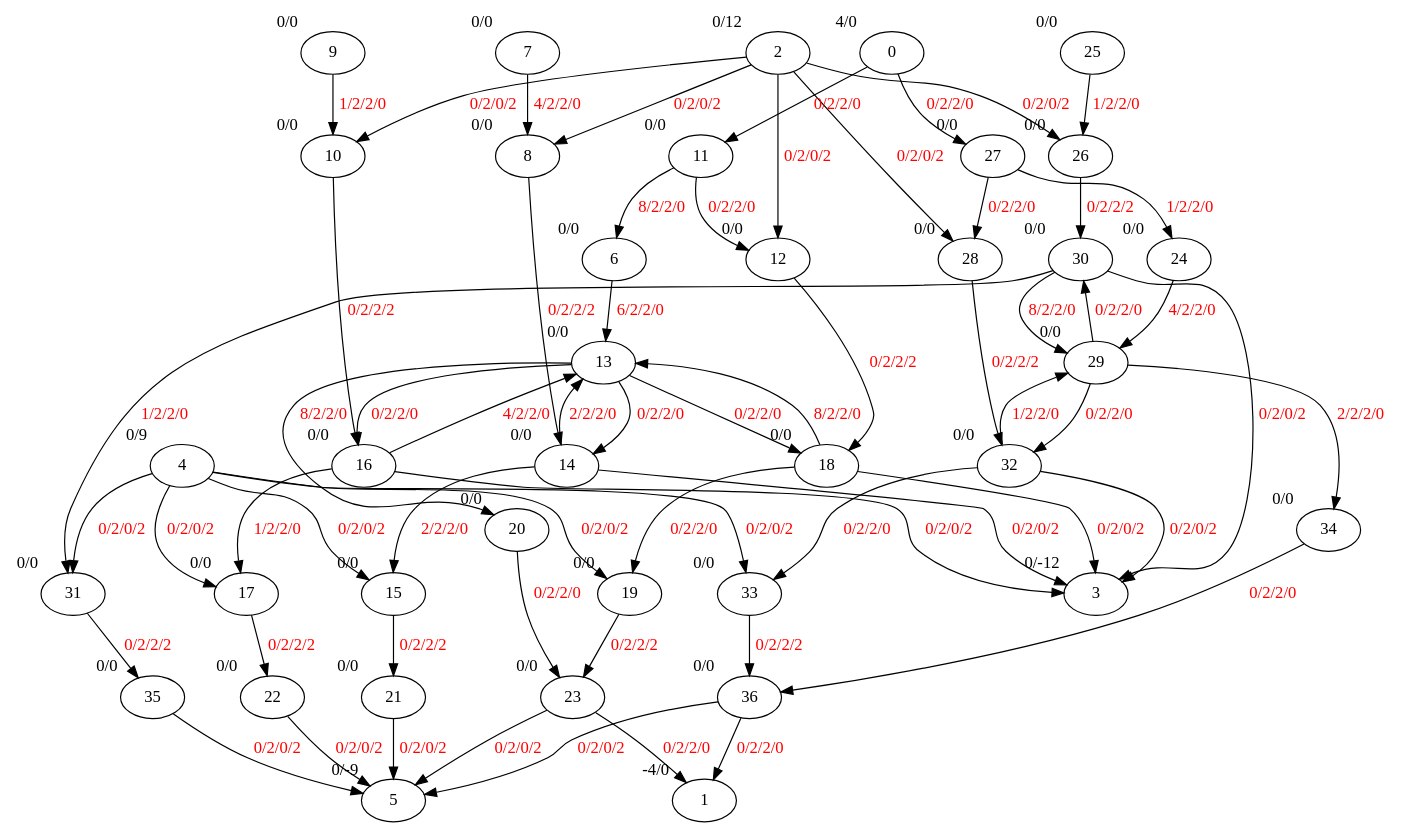
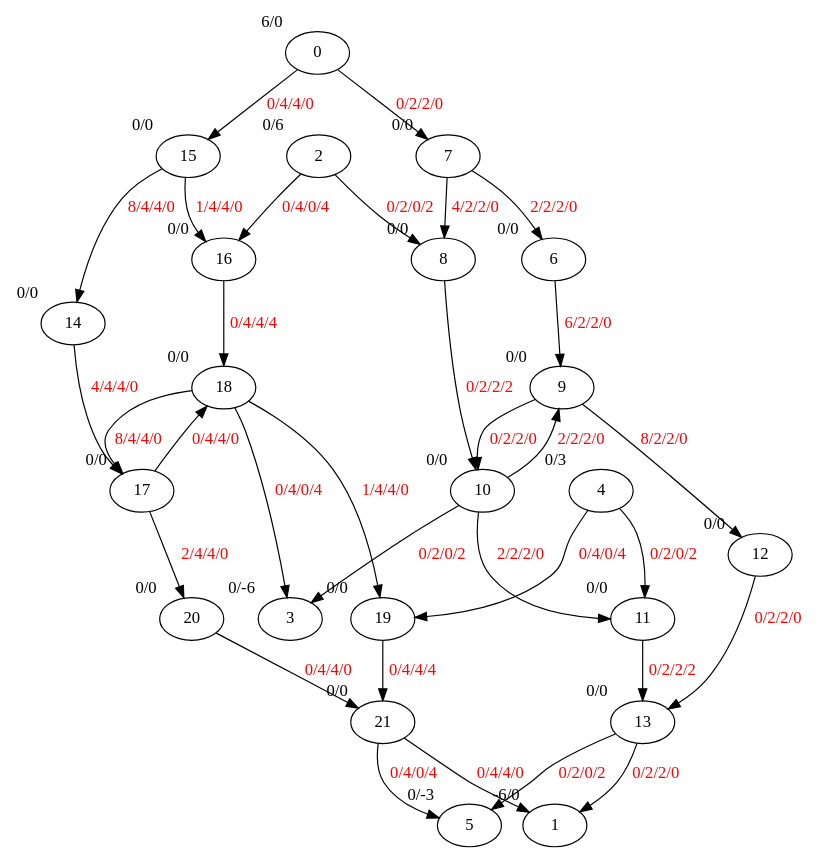
The diagram in LEMON/dot.gv (Stixxl/bachelor_multiple_states), drawn with Graphviz before and after one commit. The commit also changed 5 other files, not shown here.

```diff
--- a/LEMON/dot.gv
+++ b/LEMON/dot.gv
@@ -1,101 +1,56 @@
 digraph G {
-36 [ xlabel="0/0" ]
-35 [ xlabel="0/0" ]
-34 [ xlabel="0/0" ]
-33 [ xlabel="0/0" ]
-32 [ xlabel="0/0" ]
-31 [ xlabel="0/0" ]
-30 [ xlabel="0/0" ]
-29 [ xlabel="0/0" ]
-28 [ xlabel="0/0" ]
-27 [ xlabel="0/0" ]
-26 [ xlabel="0/0" ]
-25 [ xlabel="0/0" ]
-24 [ xlabel="0/0" ]
-23 [ xlabel="0/0" ]
-22 [ xlabel="0/0" ]
 21 [ xlabel="0/0" ]
 20 [ xlabel="0/0" ]
 19 [ xlabel="0/0" ]
 18 [ xlabel="0/0" ]
 17 [ xlabel="0/0" ]
 16 [ xlabel="0/0" ]
 15 [ xlabel="0/0" ]
 14 [ xlabel="0/0" ]
 13 [ xlabel="0/0" ]
 12 [ xlabel="0/0" ]
 11 [ xlabel="0/0" ]
 10 [ xlabel="0/0" ]
 9 [ xlabel="0/0" ]
 8 [ xlabel="0/0" ]
 7 [ xlabel="0/0" ]
 6 [ xlabel="0/0" ]
-5 [ xlabel="0/-9" ]
-4 [ xlabel="0/9" ]
-3 [ xlabel="0/-12" ]
-2 [ xlabel="0/12" ]
-1 [ xlabel="-4/0" ]
-0 [ xlabel="4/0" ]
-36 -> 5 [fontcolor=red, label="0/2/0/2" ]
-33 -> 36 [fontcolor=red, label="0/2/2/2" ]
-29 -> 34 [fontcolor=red, label="2/2/2/0" ]
-36 -> 1 [fontcolor=red, label="0/2/2/0" ]
-34 -> 36 [fontcolor=red, label="0/2/2/0" ]
-35 -> 5 [fontcolor=red, label="0/2/0/2" ]
-31 -> 35 [fontcolor=red, label="0/2/2/2" ]
-4 -> 33 [fontcolor=red, label="0/2/0/2" ]
-32 -> 33 [fontcolor=red, label="0/2/2/0" ]
-28 -> 32 [fontcolor=red, label="0/2/2/2" ]
-32 -> 3 [fontcolor=red, label="0/2/0/2" ]
-29 -> 32 [fontcolor=red, label="0/2/2/0" ]
-32 -> 29 [fontcolor=red, label="1/2/2/0" ]
-4 -> 31 [fontcolor=red, label="0/2/0/2" ]
-30 -> 31 [fontcolor=red, label="1/2/2/0" ]
-26 -> 30 [fontcolor=red, label="0/2/2/2" ]
-30 -> 3 [fontcolor=red, label="0/2/0/2" ]
-29 -> 30 [fontcolor=red, label="0/2/2/0" ]
-30 -> 29 [fontcolor=red, label="8/2/2/0" ]
-24 -> 29 [fontcolor=red, label="4/2/2/0" ]
-2 -> 28 [fontcolor=red, label="0/2/0/2" ]
-27 -> 28 [fontcolor=red, label="0/2/2/0" ]
-27 -> 24 [fontcolor=red, label="1/2/2/0" ]
-0 -> 27 [fontcolor=red, label="0/2/2/0" ]
-2 -> 26 [fontcolor=red, label="0/2/0/2" ]
-25 -> 26 [fontcolor=red, label="1/2/2/0" ]
-23 -> 5 [fontcolor=red, label="0/2/0/2" ]
-19 -> 23 [fontcolor=red, label="0/2/2/2" ]
-13 -> 20 [fontcolor=red, label="8/2/2/0" ]
-23 -> 1 [fontcolor=red, label="0/2/2/0" ]
-20 -> 23 [fontcolor=red, label="0/2/2/0" ]
-22 -> 5 [fontcolor=red, label="0/2/0/2" ]
-17 -> 22 [fontcolor=red, label="0/2/2/2" ]
-21 -> 5 [fontcolor=red, label="0/2/0/2" ]
-15 -> 21 [fontcolor=red, label="0/2/2/2" ]
-4 -> 19 [fontcolor=red, label="0/2/0/2" ]
-18 -> 19 [fontcolor=red, label="0/2/2/0" ]
-12 -> 18 [fontcolor=red, label="0/2/2/2" ]
-18 -> 3 [fontcolor=red, label="0/2/0/2" ]
-13 -> 18 [fontcolor=red, label="0/2/2/0" ]
-18 -> 13 [fontcolor=red, label="8/2/2/0" ]
-4 -> 17 [fontcolor=red, label="0/2/0/2" ]
-16 -> 17 [fontcolor=red, label="1/2/2/0" ]
-10 -> 16 [fontcolor=red, label="0/2/2/2" ]
-16 -> 3 [fontcolor=red, label="0/2/0/2" ]
-13 -> 16 [fontcolor=red, label="0/2/2/0" ]
-16 -> 13 [fontcolor=red, label="4/2/2/0" ]
-4 -> 15 [fontcolor=red, label="0/2/0/2" ]
-14 -> 15 [fontcolor=red, label="2/2/2/0" ]
-8 -> 14 [fontcolor=red, label="0/2/2/2" ]
-14 -> 3 [fontcolor=red, label="0/2/0/2" ]
-13 -> 14 [fontcolor=red, label="0/2/2/0" ]
-14 -> 13 [fontcolor=red, label="2/2/2/0" ]
-6 -> 13 [fontcolor=red, label="6/2/2/0" ]
-2 -> 12 [fontcolor=red, label="0/2/0/2" ]
-11 -> 12 [fontcolor=red, label="0/2/2/0" ]
-11 -> 6 [fontcolor=red, label="8/2/2/0" ]
-0 -> 11 [fontcolor=red, label="0/2/2/0" ]
-2 -> 10 [fontcolor=red, label="0/2/0/2" ]
-9 -> 10 [fontcolor=red, label="1/2/2/0" ]
+5 [ xlabel="0/-3" ]
+4 [ xlabel="0/3" ]
+3 [ xlabel="0/-6" ]
+2 [ xlabel="0/6" ]
+1 [ xlabel="-6/0" ]
+0 [ xlabel="6/0" ]
+21 -> 5 [fontcolor=red, label="0/4/0/4" ]
+19 -> 21 [fontcolor=red, label="0/4/4/4" ]
+17 -> 20 [fontcolor=red, label="2/4/4/0" ]
+21 -> 1 [fontcolor=red, label="0/4/4/0" ]
+20 -> 21 [fontcolor=red, label="0/4/4/0" ]
+4 -> 19 [fontcolor=red, label="0/4/0/4" ]
+18 -> 19 [fontcolor=red, label="1/4/4/0" ]
+16 -> 18 [fontcolor=red, label="0/4/4/4" ]
+18 -> 3 [fontcolor=red, label="0/4/0/4" ]
+17 -> 18 [fontcolor=red, label="0/4/4/0" ]
+18 -> 17 [fontcolor=red, label="8/4/4/0" ]
+14 -> 17 [fontcolor=red, label="4/4/4/0" ]
+2 -> 16 [fontcolor=red, label="0/4/0/4" ]
+15 -> 16 [fontcolor=red, label="1/4/4/0" ]
+15 -> 14 [fontcolor=red, label="8/4/4/0" ]
+0 -> 15 [fontcolor=red, label="0/4/4/0" ]
+13 -> 5 [fontcolor=red, label="0/2/0/2" ]
+11 -> 13 [fontcolor=red, label="0/2/2/2" ]
+9 -> 12 [fontcolor=red, label="8/2/2/0" ]
+13 -> 1 [fontcolor=red, label="0/2/2/0" ]
+12 -> 13 [fontcolor=red, label="0/2/2/0" ]
+4 -> 11 [fontcolor=red, label="0/2/0/2" ]
+10 -> 11 [fontcolor=red, label="2/2/2/0" ]
+8 -> 10 [fontcolor=red, label="0/2/2/2" ]
+10 -> 3 [fontcolor=red, label="0/2/0/2" ]
+9 -> 10 [fontcolor=red, label="0/2/2/0" ]
+10 -> 9 [fontcolor=red, label="2/2/2/0" ]
+6 -> 9 [fontcolor=red, label="6/2/2/0" ]
 2 -> 8 [fontcolor=red, label="0/2/0/2" ]
 7 -> 8 [fontcolor=red, label="4/2/2/0" ]
+7 -> 6 [fontcolor=red, label="2/2/2/0" ]
+0 -> 7 [fontcolor=red, label="0/2/2/0" ]
 }
```
